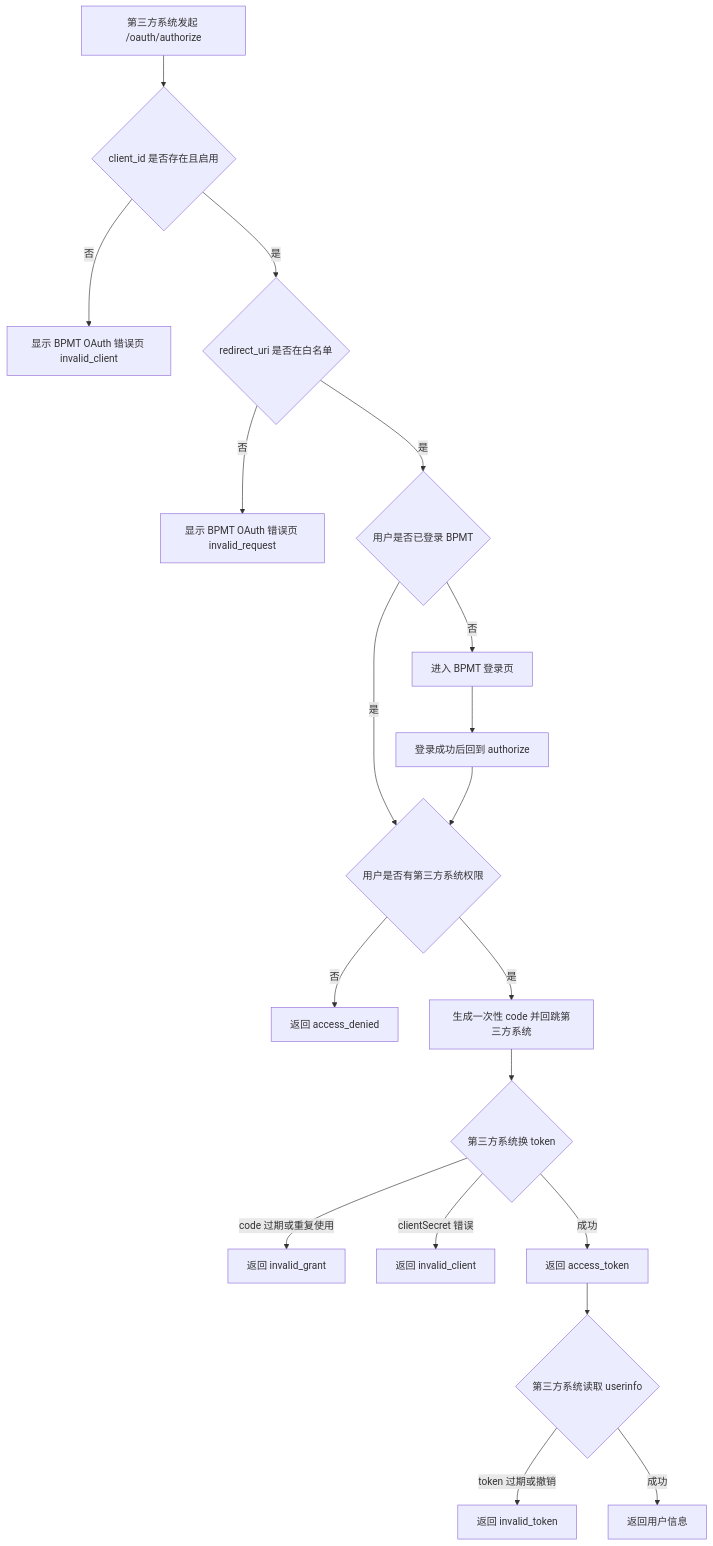
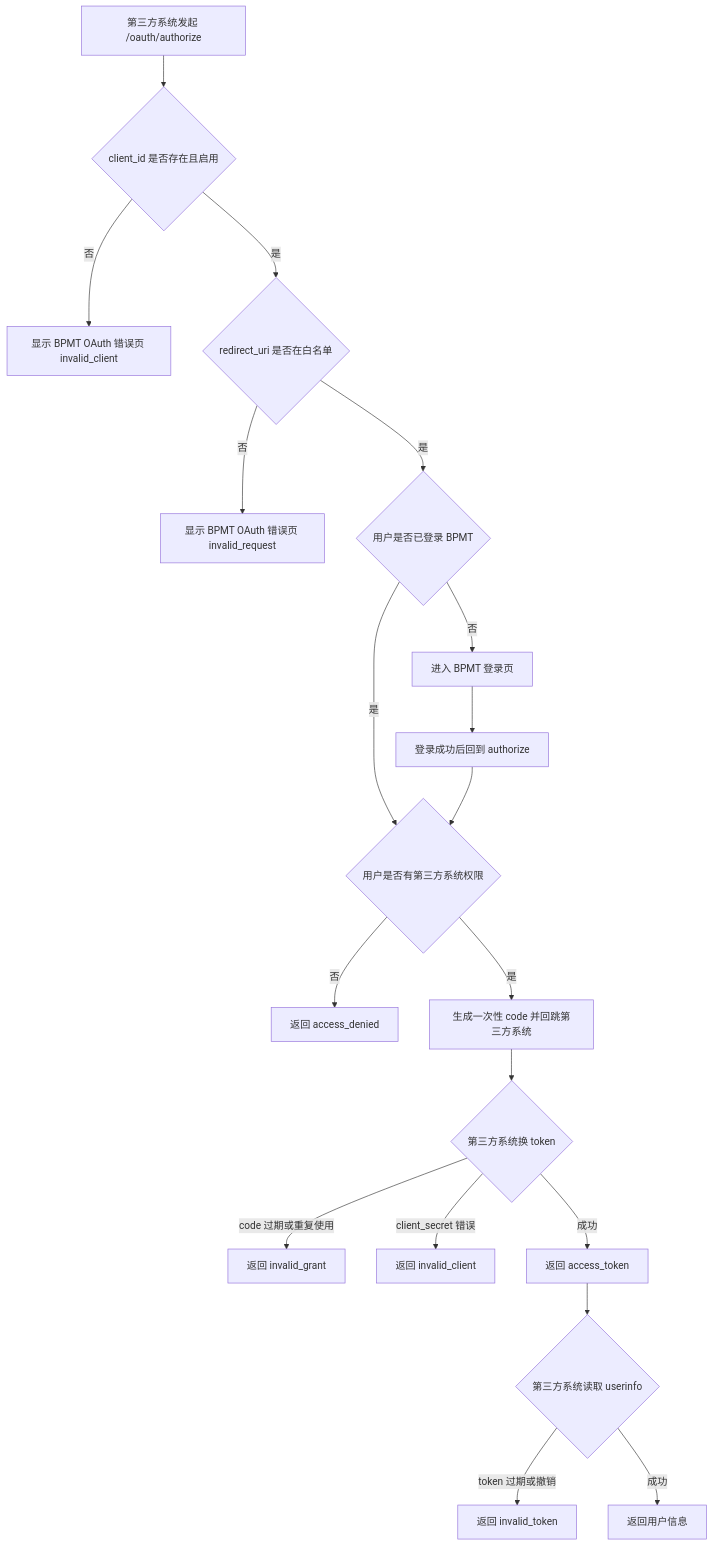
One commit to wodenwang/bpmt-doc changed the second of 2 diagrams in docs/11.OAuth第三方登录/README.md. Above: the diagram before and after it, drawn with Mermaid. The commit also changed other lines of this file, not shown here.

````diff
--- a/docs/11.OAuth第三方登录/README.md
+++ b/docs/11.OAuth第三方登录/README.md
@@ -52,21 +54,21 @@
 ```mermaid
 flowchart TD
     A["第三方系统发起 /oauth/authorize"] --> B{"client_id 是否存在且启用"}
     B -->|否| C["显示 BPMT OAuth 错误页 invalid_client"]
     B -->|是| D{"redirect_uri 是否在白名单"}
     D -->|否| E["显示 BPMT OAuth 错误页 invalid_request"]
     D -->|是| F{"用户是否已登录 BPMT"}
     F -->|否| G["进入 BPMT 登录页"]
     G --> H["登录成功后回到 authorize"]
     F -->|是| I{"用户是否有第三方系统权限"}
     H --> I
     I -->|否| J["返回 access_denied"]
     I -->|是| K["生成一次性 code 并回跳第三方系统"]
     K --> L{"第三方系统换 token"}
     L -->|code 过期或重复使用| M["返回 invalid_grant"]
-    L -->|clientSecret 错误| N["返回 invalid_client"]
+    L -->|client_secret 错误| N["返回 invalid_client"]
     L -->|成功| O["返回 access_token"]
     O --> P{"第三方系统读取 userinfo"}
     P -->|token 过期或撤销| Q["返回 invalid_token"]
     P -->|成功| R["返回用户信息"]
 ```
````
